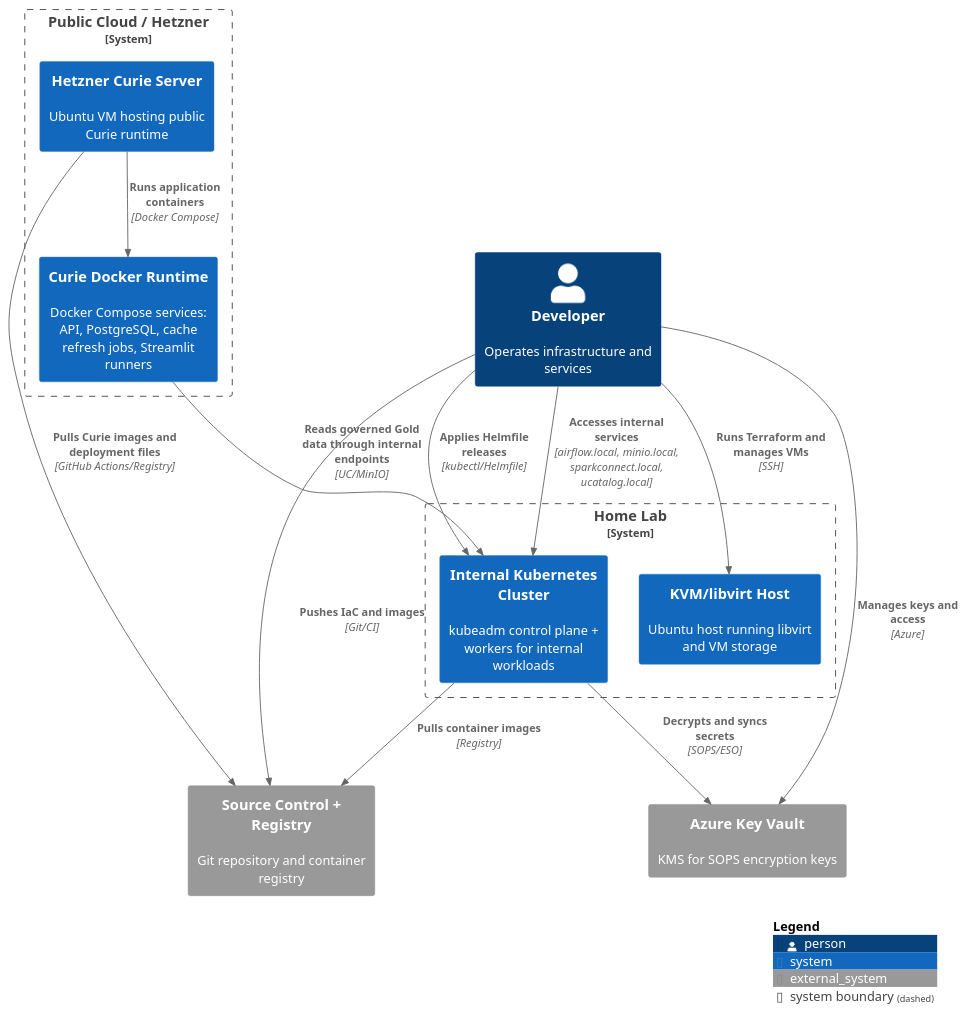
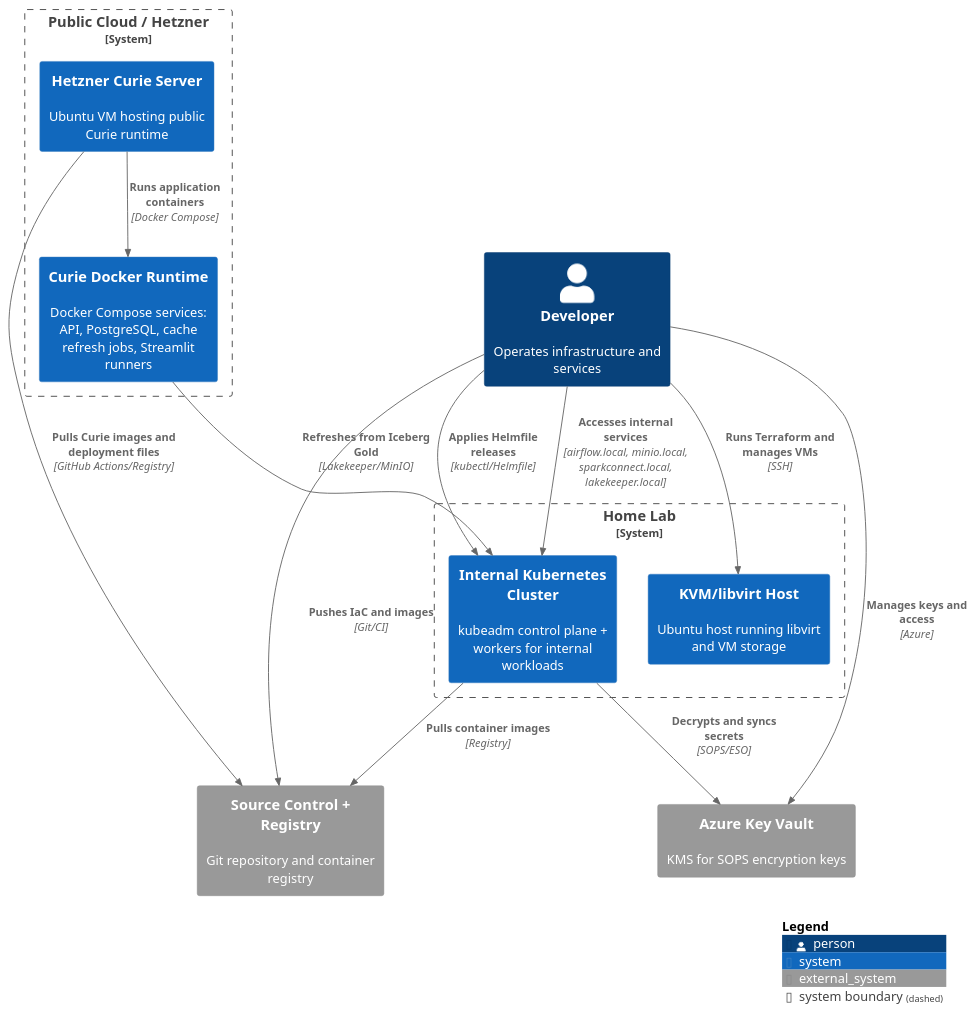
The diagram in docs/diagrams/context.puml (AntonMiniazev/bohr_project), drawn with PlantUML before and after one commit. The commit also changed 42 other files, not shown here.

```diff
--- a/docs/diagrams/context.puml
+++ b/docs/diagrams/context.puml
@@ -1,33 +1,33 @@
 @startuml Context
 !includeurl https://raw.githubusercontent.com/plantuml-stdlib/C4-PlantUML/master/C4_Context.puml
 LAYOUT_WITH_LEGEND()
 HIDE_STEREOTYPE()
 
 Person(dev, "Developer", "Operates infrastructure and services")
 
 System_Ext(git, "Source Control + Registry", "Git repository and container registry")
 System_Ext(keyvault, "Azure Key Vault", "KMS for SOPS encryption keys")
 
 System_Boundary(home, "Home Lab") {
     System(kvm, "KVM/libvirt Host", "Ubuntu host running libvirt and VM storage")
     System(homek8s, "Internal Kubernetes Cluster", "kubeadm control plane + workers for internal workloads")
 }
 
 System_Boundary(cloud, "Public Cloud / Hetzner") {
     System(hetzner, "Hetzner Curie Server", "Ubuntu VM hosting public Curie runtime")
     System(curieDocker, "Curie Docker Runtime", "Docker Compose services: API, PostgreSQL, cache refresh jobs, Streamlit runners")
 }
 
 Rel(dev, git, "Pushes IaC and images", "Git/CI")
 Rel(dev, kvm, "Runs Terraform and manages VMs", "SSH")
 Rel(dev, homek8s, "Applies Helmfile releases", "kubectl/Helmfile")
-Rel(dev, homek8s, "Accesses internal services", "airflow.local, minio.local, sparkconnect.local, ucatalog.local")
+Rel(dev, homek8s, "Accesses internal services", "airflow.local, minio.local, sparkconnect.local, lakekeeper.local")
 Rel(dev, keyvault, "Manages keys and access", "Azure")
 Rel(homek8s, keyvault, "Decrypts and syncs secrets", "SOPS/ESO")
 Rel(homek8s, git, "Pulls container images", "Registry")
 Rel(hetzner, git, "Pulls Curie images and deployment files", "GitHub Actions/Registry")
 Rel(hetzner, curieDocker, "Runs application containers", "Docker Compose")
-Rel(curieDocker, homek8s, "Reads governed Gold data through internal endpoints", "UC/MinIO")
+Rel(curieDocker, homek8s, "Refreshes from Iceberg Gold", "Lakekeeper/MinIO")
 
 SHOW_LEGEND()
 @enduml
```
